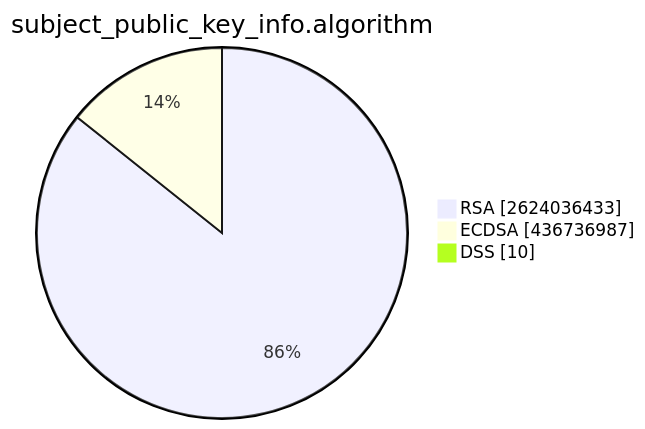
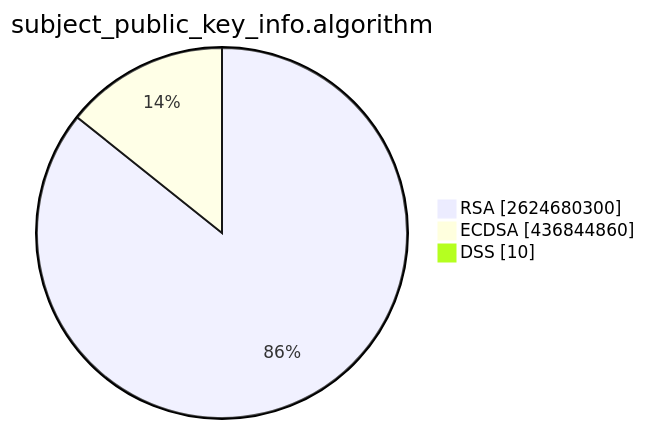
The second of 15 diagrams in TOTAL/README.md (christiankrug/ctmonitor_visualization), drawn with Mermaid before and after one commit. The commit also changed other lines of this file, not shown here.

````diff
--- a/TOTAL/README.md
+++ b/TOTAL/README.md
@@ -6,7 +6,7 @@
 ```mermaid
 pie showData
 title subject_public_key_info.algorithm
-"RSA" :2624036433
-"ECDSA" :436736987
+"RSA" :2624680300
+"ECDSA" :436844860
 "DSS" :10
 ```
````
